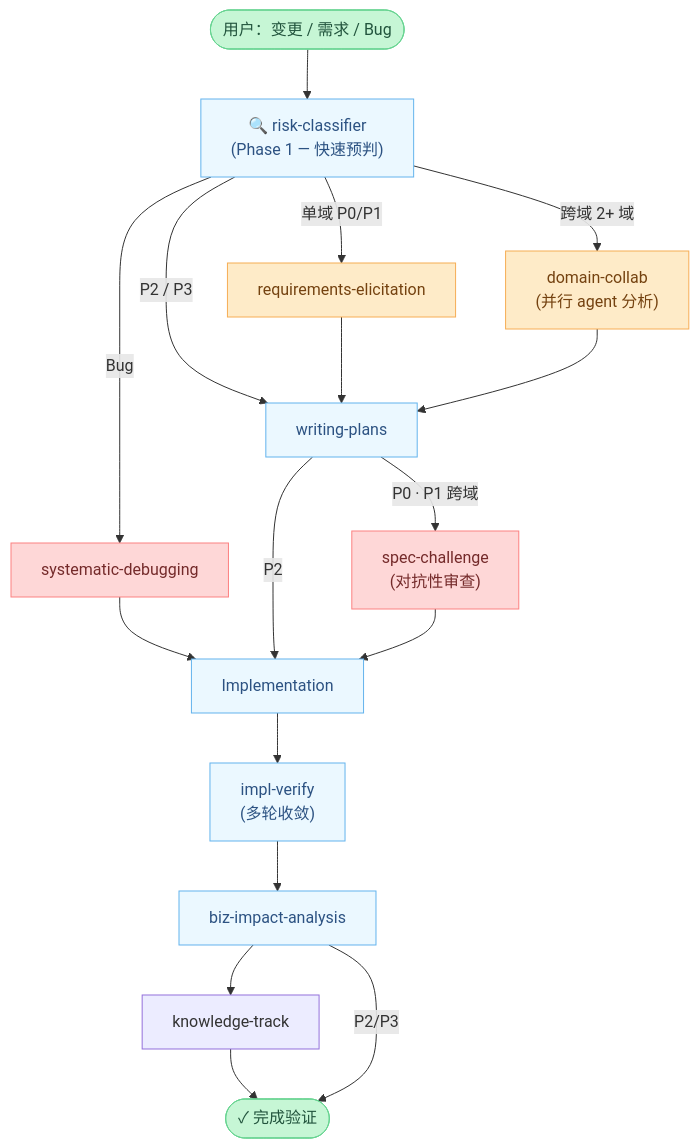
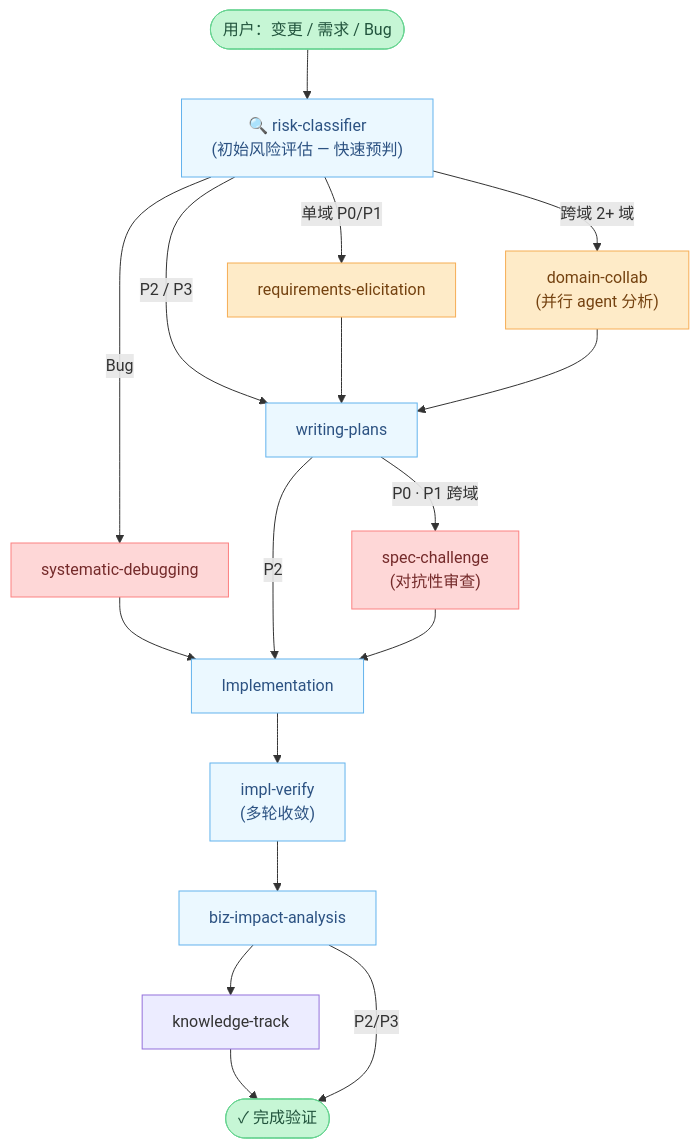
Before and after one commit to Aimeerrhythm/enterprise-change-workflow: the first of 2 diagrams in README.zh-CN.md, drawn with Mermaid. The commit also changed other lines of this file and 44 other files, not shown here.

````diff
--- a/README.zh-CN.md
+++ b/README.zh-CN.md
@@ -42,40 +42,40 @@
 ```mermaid
 flowchart TD
     IN([用户：变更 / 需求 / Bug]) --> RC
 
-    RC["🔍 risk-classifier\n(Phase 1 — 快速预判)"]
+    RC["🔍 risk-classifier\n(初始风险评估 — 快速预判)"]
 
     RC -->|单域 P0/P1| RE[requirements-elicitation]
     RC -->|跨域 2+ 域| DC["domain-collab\n(并行 agent 分析)"]
     RC -->|P2 / P3| WP
     RC -->|Bug| SD[systematic-debugging]
 
     RE --> WP
     DC --> WP
 
     SD --> IMPL
 
     WP["writing-plans"] -->|P0 · P1 跨域| SC["spec-challenge\n(对抗性审查)"]
     WP -->|P2| IMPL
     SC --> IMPL
 
     IMPL[Implementation] --> IV
     IV["impl-verify\n(多轮收敛)"] --> BIA
     BIA["biz-impact-analysis"] --> KT
     KT["knowledge-track"] --> DONE
     BIA -->|P2/P3| DONE
 
     DONE([✓ 完成验证])
 
     style RC  fill:#EBF8FF,stroke:#63B3ED,color:#2C5282
     style WP  fill:#EBF8FF,stroke:#63B3ED,color:#2C5282
     style IMPL fill:#EBF8FF,stroke:#63B3ED,color:#2C5282
     style IV  fill:#EBF8FF,stroke:#63B3ED,color:#2C5282
     style BIA fill:#EBF8FF,stroke:#63B3ED,color:#2C5282
     style RE  fill:#FEEBC8,stroke:#F6AD55,color:#744210
     style DC  fill:#FEEBC8,stroke:#F6AD55,color:#744210
     style SC  fill:#FED7D7,stroke:#FC8181,color:#742A2A
     style SD  fill:#FED7D7,stroke:#FC8181,color:#742A2A
     style IN  fill:#C6F6D5,stroke:#68D391,color:#22543D
     style DONE fill:#C6F6D5,stroke:#68D391,color:#22543D
 ```
````
